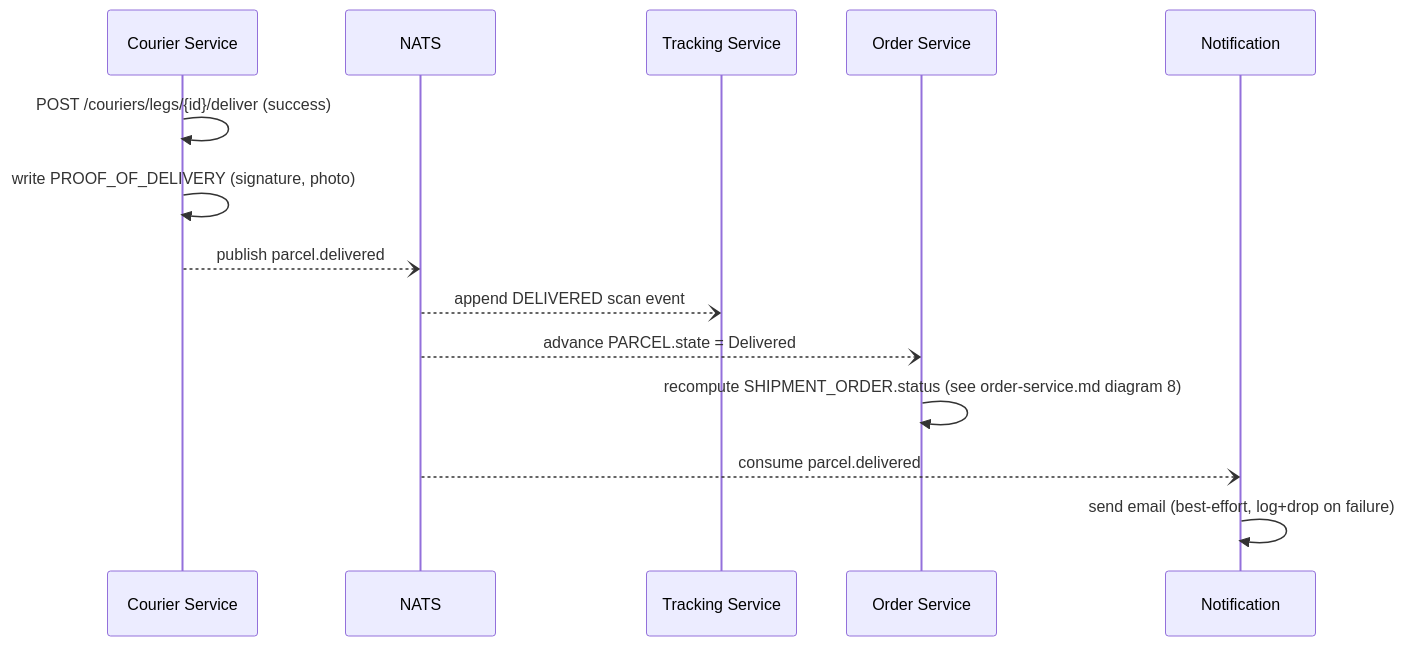
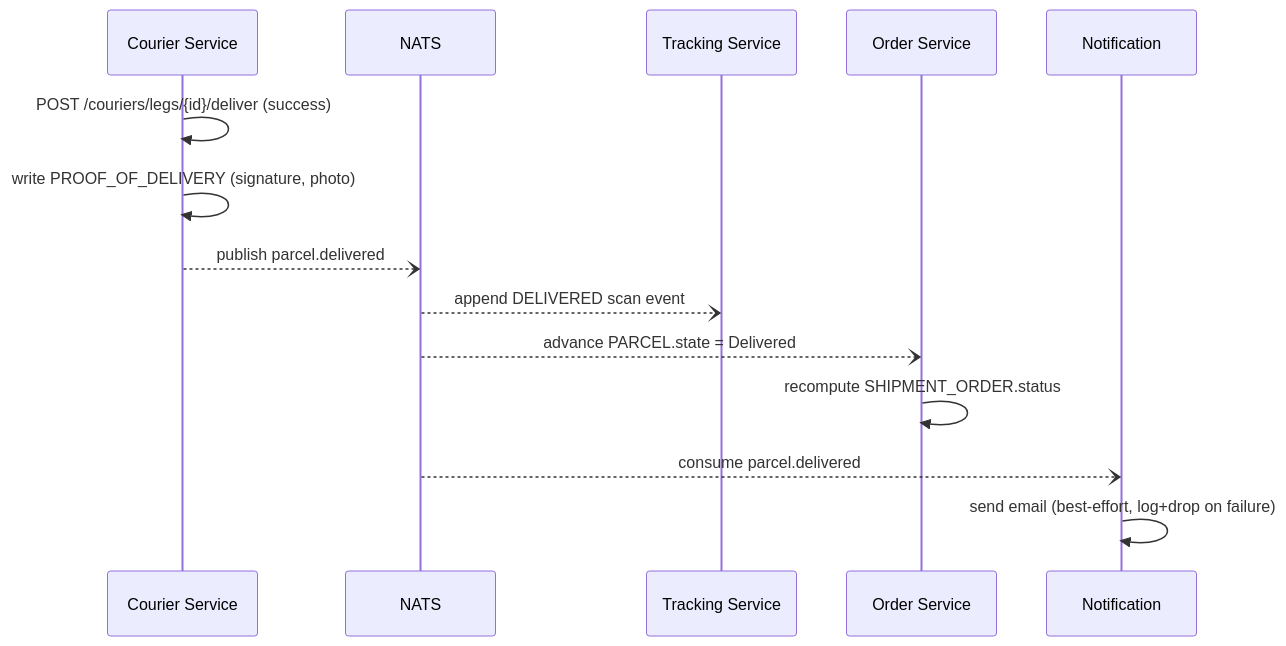
The second of 3 diagrams in shipping-system/docs/lld/courier-service.md (dunguyen-311201/nestjs), drawn with Mermaid before and after one commit. The commit also changed other lines of this file and 10 other files, not shown here.

````diff
--- a/shipping-system/docs/lld/courier-service.md
+++ b/shipping-system/docs/lld/courier-service.md
@@ -53,17 +55,17 @@
 ```mermaid
 sequenceDiagram
     participant Courier as Courier Service
     participant NATS
     participant Tracking as Tracking Service
     participant Order as Order Service
     participant Notification
 
     Courier->>Courier: POST /couriers/legs/{id}/deliver (success)
     Courier->>Courier: write PROOF_OF_DELIVERY (signature, photo)
     Courier--)NATS: publish parcel.delivered
     NATS--)Tracking: append DELIVERED scan event
     NATS--)Order: advance PARCEL.state = Delivered
-    Order->>Order: recompute SHIPMENT_ORDER.status (see order-service.md diagram 8)
+    Order->>Order: recompute SHIPMENT_ORDER.status 
     NATS--)Notification: consume parcel.delivered
     Notification->>Notification: send email (best-effort, log+drop on failure)
 ```
````
